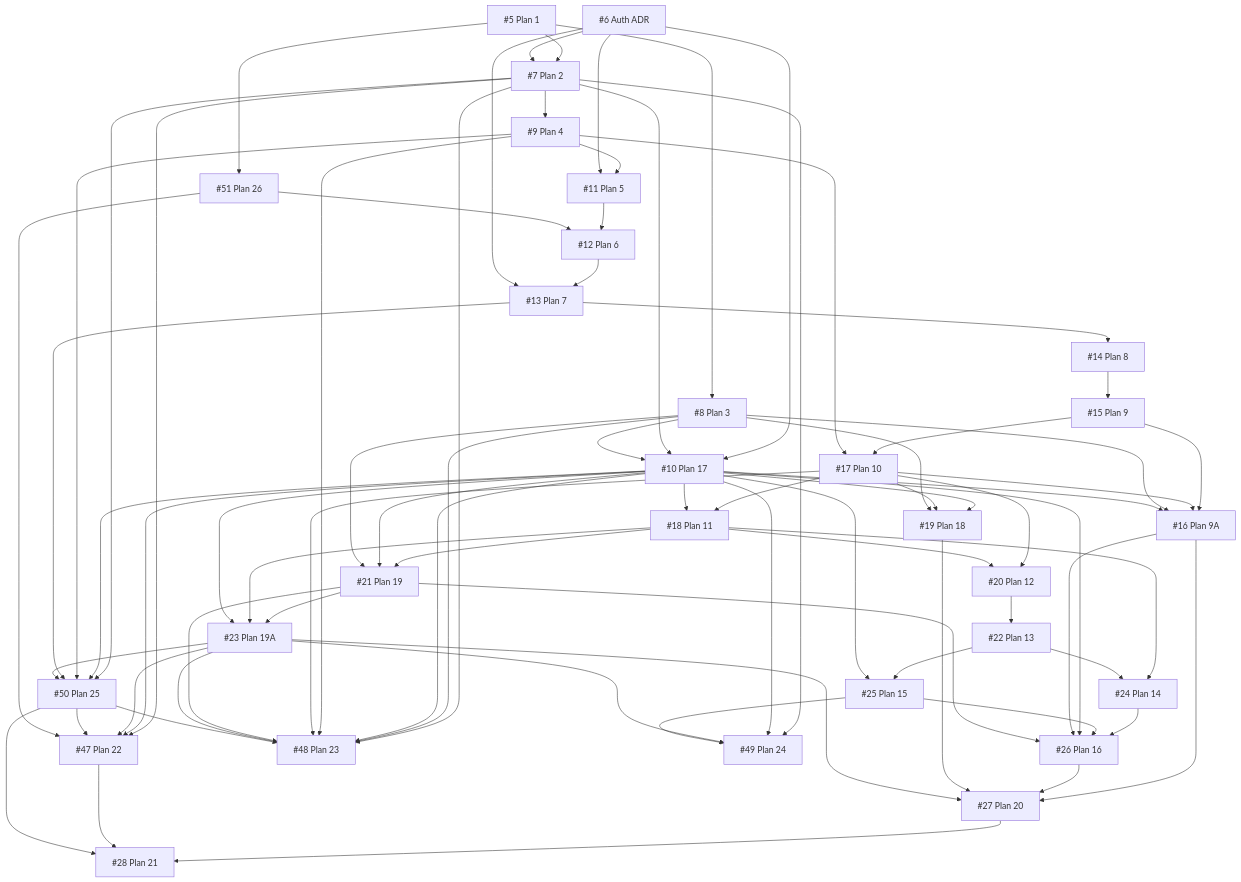
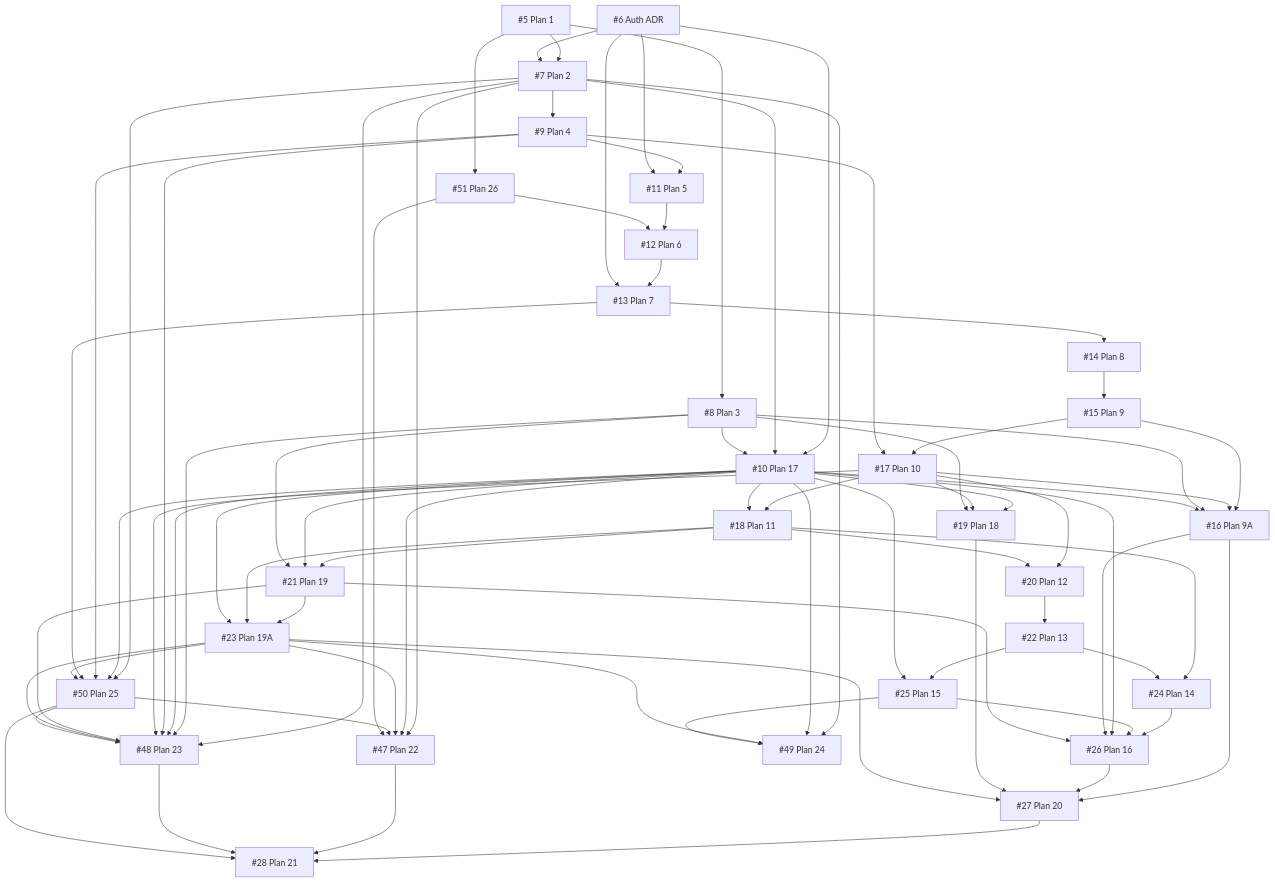
Before and after one commit to TomokiAkiyama06/server-sentinel: the diagram in docs/INITIAL_ISSUES.md, drawn with Mermaid. The commit also changed other lines of this file and 1 other file, not shown here.

```diff
--- a/docs/INITIAL_ISSUES.md
+++ b/docs/INITIAL_ISSUES.md
@@ -143,6 +143,7 @@
   i23 --> i27
   i27 --> i28
   i47 --> i28
+  i48 --> i28
   i50 --> i28
   i7 --> i47
   i10 --> i47
```
